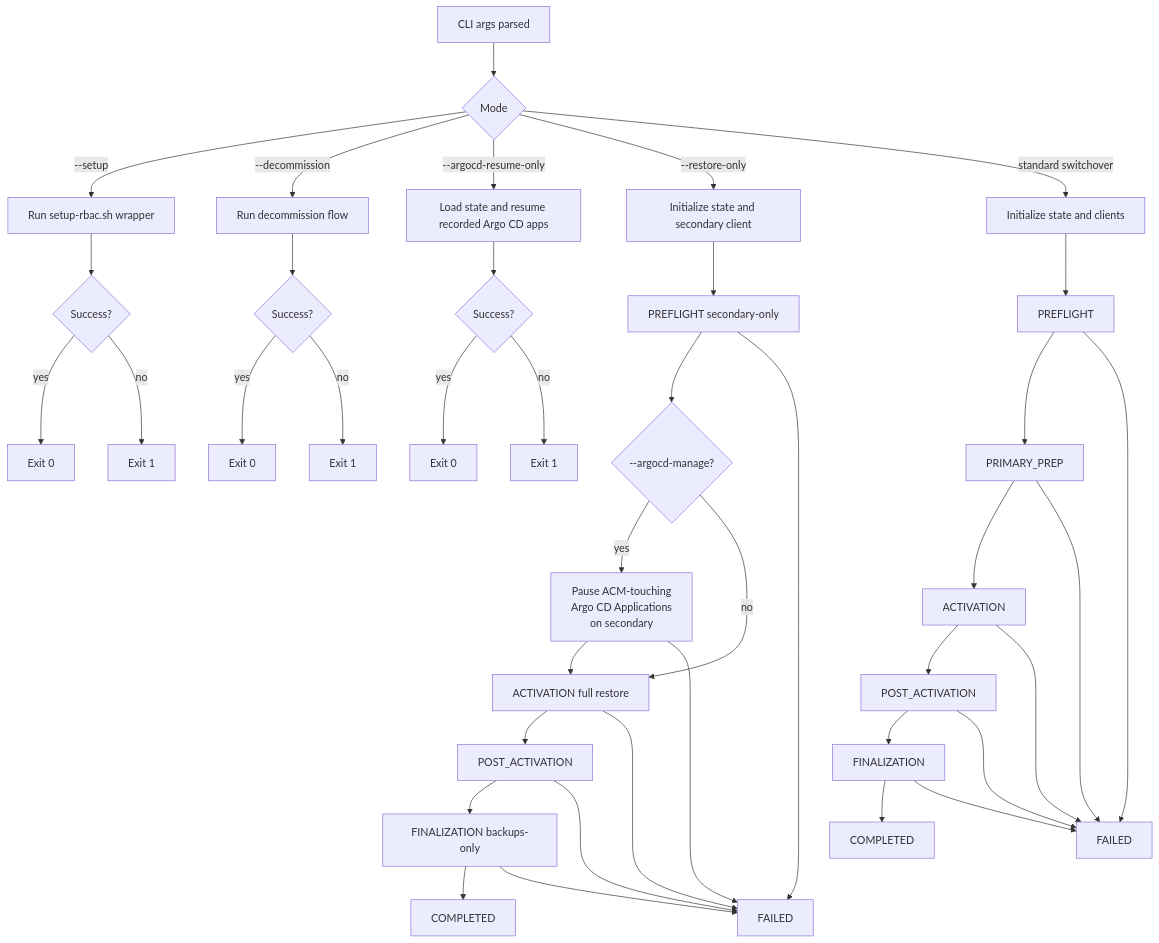
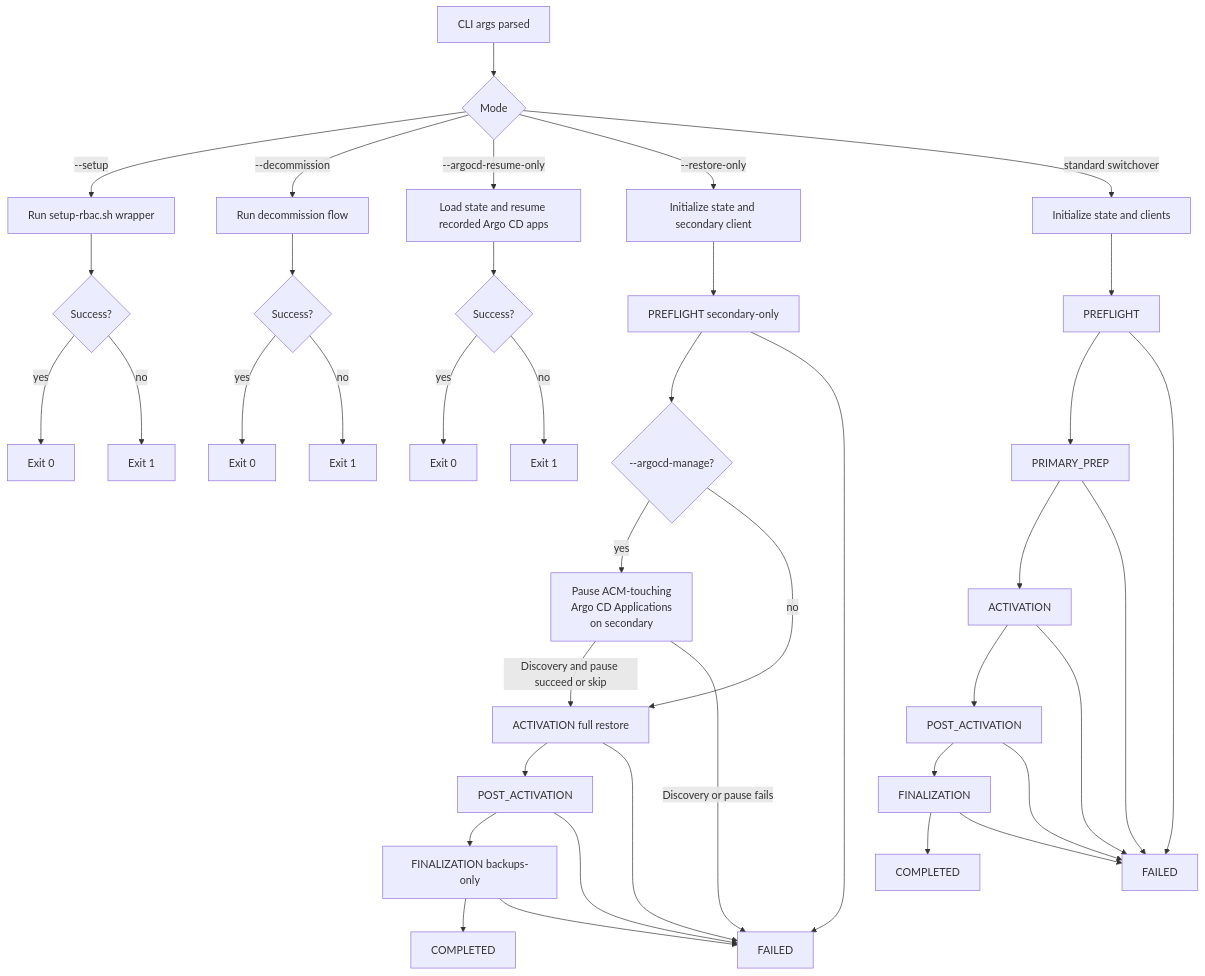
One commit to tomazb/rh-acm-switchover changed the first of 5 diagrams in docs/development/architecture.md. Above: the diagram before and after it, drawn with Mermaid. The commit also changed 19 other files, not shown here.

````diff
--- a/docs/development/architecture.md
+++ b/docs/development/architecture.md
@@ -91,42 +91,42 @@
 ```mermaid
 flowchart TD
     A[CLI args parsed] --> B{Mode}
     B -->|--setup| C[Run setup-rbac.sh wrapper]
     B -->|--decommission| D[Run decommission flow]
     B -->|--argocd-resume-only| E[Load state and resume recorded Argo CD apps]
     B -->|--restore-only| R[Initialize state and secondary client]
     B -->|standard switchover| F[Initialize state and clients]
     C --> C1{Success?}
     C1 -->|yes| C2[Exit 0]
     C1 -->|no| C3[Exit 1]
     D --> D1{Success?}
     D1 -->|yes| D2[Exit 0]
     D1 -->|no| D3[Exit 1]
     E --> E1{Success?}
     E1 -->|yes| E2[Exit 0]
     E1 -->|no| E3[Exit 1]
     R --> RG[PREFLIGHT secondary-only]
     RG --> RP{--argocd-manage?}
     RP -->|yes| RQ[Pause ACM-touching<br/>Argo CD Applications<br/>on secondary]
     RP -->|no| RI[ACTIVATION full restore]
-    RQ --> RI
+    RQ -->|Discovery and pause succeed or skip| RI
     RI --> RJ[POST_ACTIVATION]
     RJ --> RM[FINALIZATION backups-only]
     RM --> RK[COMPLETED]
     RG --> RL[FAILED]
-    RQ --> RL
+    RQ -->|Discovery or pause fails| RL
     RI --> RL
     RJ --> RL
     RM --> RL
     F --> G[PREFLIGHT]
     G --> H[PRIMARY_PREP]
     H --> I[ACTIVATION]
     I --> J[POST_ACTIVATION]
     J --> M[FINALIZATION]
     M --> K[COMPLETED]
     G --> L[FAILED]
     H --> L
     I --> L
     J --> L
     M --> L
 ```
````
